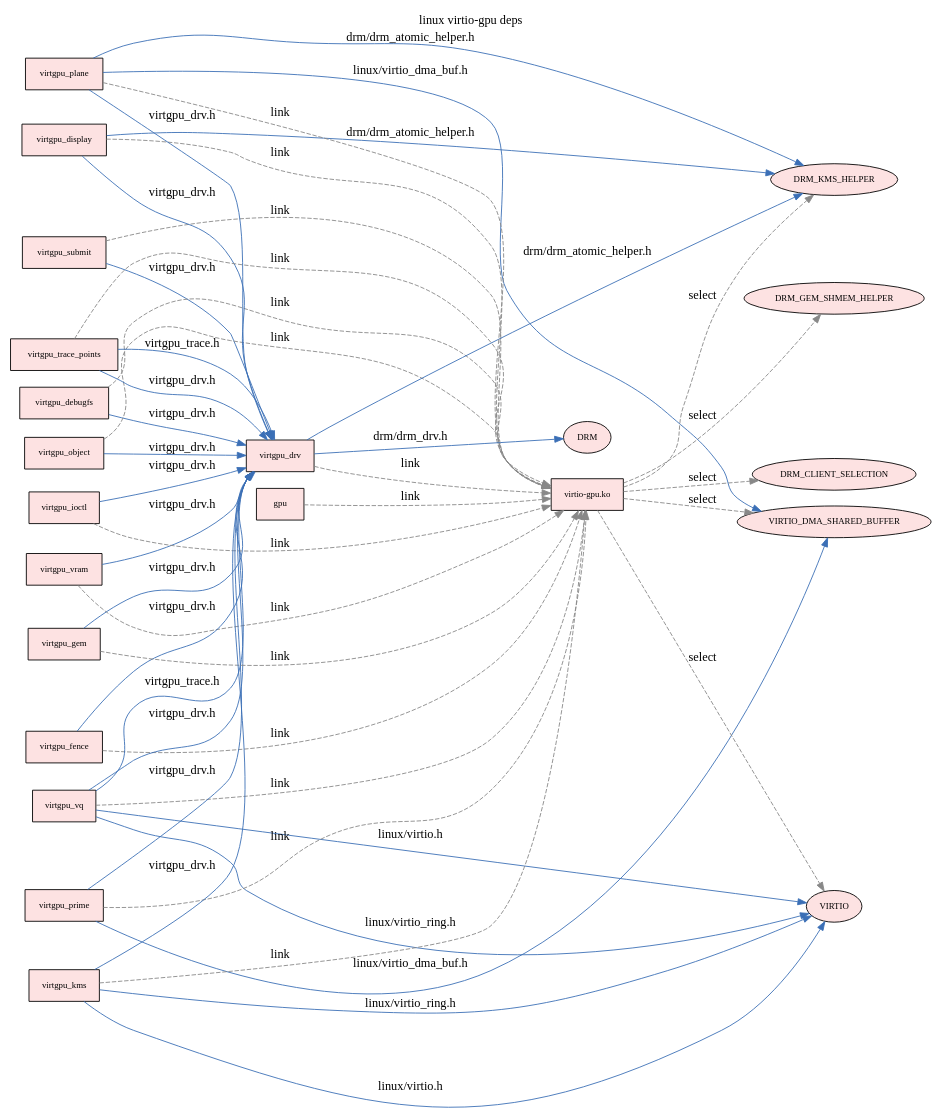
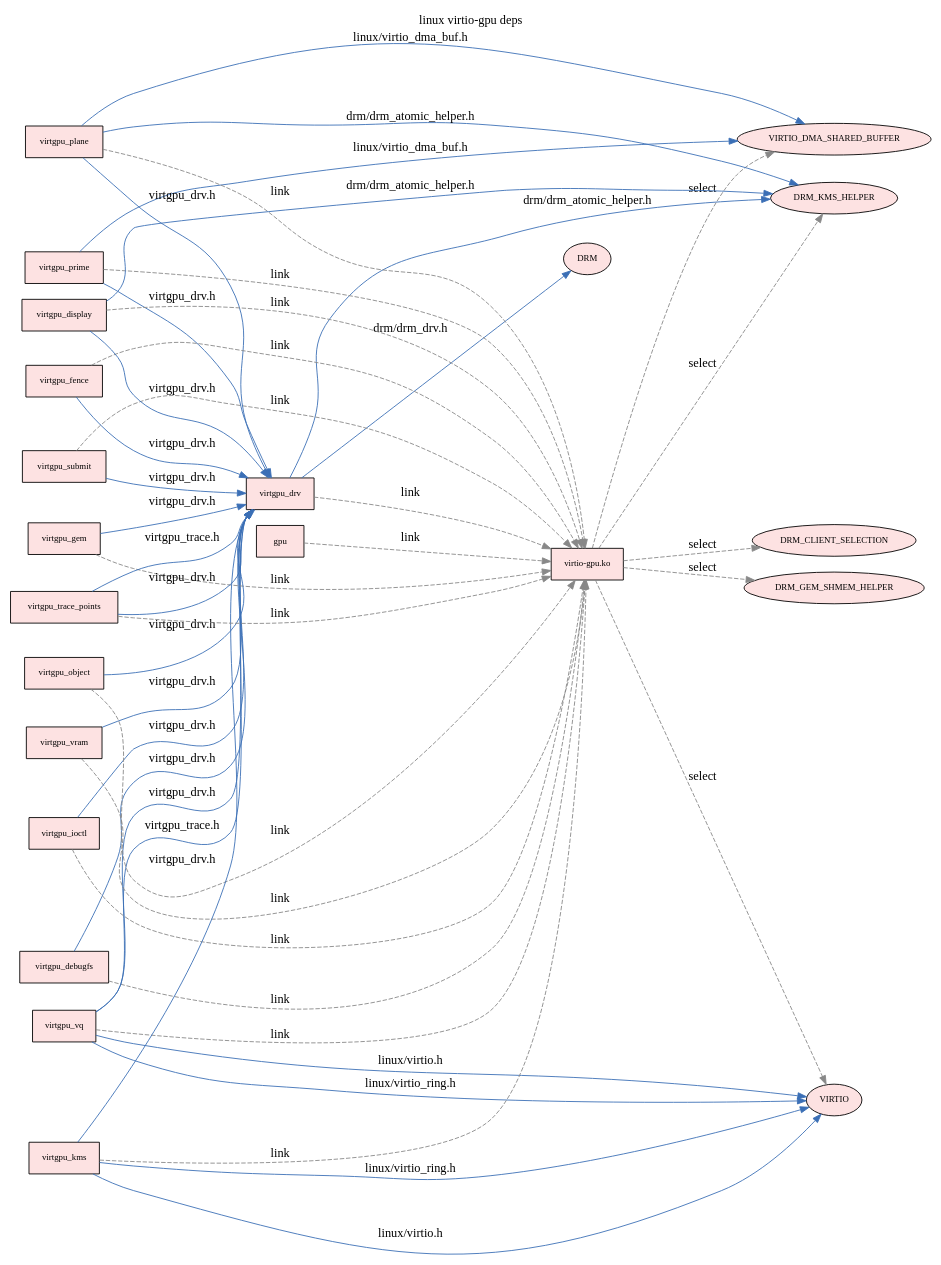
One commit to vm-final-project/virtio-gpu changed the diagram in results/depgraph/linux.dot. Above: the diagram before and after it, drawn with Graphviz. The commit also changed other lines of this file and 8 other files, not shown here.

```diff
--- a/results/depgraph/linux.dot
+++ b/results/depgraph/linux.dot
@@ -1,72 +1,72 @@
 digraph "linux virtio-gpu deps" {
   rankdir=LR;
   node [fontsize=10];
   label="linux virtio-gpu deps"; labelloc=t; fontsize=14;
+  "linux:virtgpu_drv" [label="virtgpu_drv",shape=box,style=filled,fillcolor="#fde2e2"];
+  "linux:virtgpu_debugfs" [label="virtgpu_debugfs",shape=box,style=filled,fillcolor="#fde2e2"];
+  "linux:virtgpu_vq" [label="virtgpu_vq",shape=box,style=filled,fillcolor="#fde2e2"];
+  "linux:virtgpu_submit" [label="virtgpu_submit",shape=box,style=filled,fillcolor="#fde2e2"];
+  "linux:sub:DRM_CLIENT_SELECTION" [label="DRM_CLIENT_SELECTION",shape=ellipse,style=filled,fillcolor="#fde2e2"];
+  "linux:virtio-gpu.ko" [label="virtio-gpu.ko",shape=box,style=filled,fillcolor="#fde2e2"];
+  "linux:virtgpu_prime" [label="virtgpu_prime",shape=box,style=filled,fillcolor="#fde2e2"];
+  "linux:virtgpu_vram" [label="virtgpu_vram",shape=box,style=filled,fillcolor="#fde2e2"];
+  "linux:gpu" [label="gpu",shape=box,style=filled,fillcolor="#fde2e2"];
+  "linux:sub:DRM_KMS_HELPER" [label="DRM_KMS_HELPER",shape=ellipse,style=filled,fillcolor="#fde2e2"];
+  "linux:virtgpu_ioctl" [label="virtgpu_ioctl",shape=box,style=filled,fillcolor="#fde2e2"];
+  "linux:virtgpu_gem" [label="virtgpu_gem",shape=box,style=filled,fillcolor="#fde2e2"];
+  "linux:sub:VIRTIO" [label="VIRTIO",shape=ellipse,style=filled,fillcolor="#fde2e2"];
+  "linux:virtgpu_plane" [label="virtgpu_plane",shape=box,style=filled,fillcolor="#fde2e2"];
+  "linux:virtgpu_object" [label="virtgpu_object",shape=box,style=filled,fillcolor="#fde2e2"];
+  "linux:virtgpu_fence" [label="virtgpu_fence",shape=box,style=filled,fillcolor="#fde2e2"];
+  "linux:virtgpu_kms" [label="virtgpu_kms",shape=box,style=filled,fillcolor="#fde2e2"];
+  "linux:virtgpu_display" [label="virtgpu_display",shape=box,style=filled,fillcolor="#fde2e2"];
+  "linux:sub:VIRTIO_DMA_SHARED_BUFFER" [label="VIRTIO_DMA_SHARED_BUFFER",shape=ellipse,style=filled,fillcolor="#fde2e2"];
+  "linux:sub:DRM" [label="DRM",shape=ellipse,style=filled,fillcolor="#fde2e2"];
   "linux:sub:DRM_GEM_SHMEM_HELPER" [label="DRM_GEM_SHMEM_HELPER",shape=ellipse,style=filled,fillcolor="#fde2e2"];
-  "linux:virtgpu_submit" [label="virtgpu_submit",shape=box,style=filled,fillcolor="#fde2e2"];
-  "linux:gpu" [label="gpu",shape=box,style=filled,fillcolor="#fde2e2"];
-  "linux:virtgpu_debugfs" [label="virtgpu_debugfs",shape=box,style=filled,fillcolor="#fde2e2"];
-  "linux:sub:DRM_CLIENT_SELECTION" [label="DRM_CLIENT_SELECTION",shape=ellipse,style=filled,fillcolor="#fde2e2"];
-  "linux:virtgpu_object" [label="virtgpu_object",shape=box,style=filled,fillcolor="#fde2e2"];
-  "linux:virtgpu_vram" [label="virtgpu_vram",shape=box,style=filled,fillcolor="#fde2e2"];
-  "linux:virtgpu_display" [label="virtgpu_display",shape=box,style=filled,fillcolor="#fde2e2"];
-  "linux:sub:DRM_KMS_HELPER" [label="DRM_KMS_HELPER",shape=ellipse,style=filled,fillcolor="#fde2e2"];
-  "linux:sub:VIRTIO" [label="VIRTIO",shape=ellipse,style=filled,fillcolor="#fde2e2"];
   "linux:virtgpu_trace_points" [label="virtgpu_trace_points",shape=box,style=filled,fillcolor="#fde2e2"];
-  "linux:virtgpu_fence" [label="virtgpu_fence",shape=box,style=filled,fillcolor="#fde2e2"];
-  "linux:virtgpu_ioctl" [label="virtgpu_ioctl",shape=box,style=filled,fillcolor="#fde2e2"];
-  "linux:virtgpu_vq" [label="virtgpu_vq",shape=box,style=filled,fillcolor="#fde2e2"];
-  "linux:virtgpu_gem" [label="virtgpu_gem",shape=box,style=filled,fillcolor="#fde2e2"];
-  "linux:virtgpu_prime" [label="virtgpu_prime",shape=box,style=filled,fillcolor="#fde2e2"];
-  "linux:virtgpu_drv" [label="virtgpu_drv",shape=box,style=filled,fillcolor="#fde2e2"];
-  "linux:sub:DRM" [label="DRM",shape=ellipse,style=filled,fillcolor="#fde2e2"];
-  "linux:sub:VIRTIO_DMA_SHARED_BUFFER" [label="VIRTIO_DMA_SHARED_BUFFER",shape=ellipse,style=filled,fillcolor="#fde2e2"];
-  "linux:virtio-gpu.ko" [label="virtio-gpu.ko",shape=box,style=filled,fillcolor="#fde2e2"];
-  "linux:virtgpu_kms" [label="virtgpu_kms",shape=box,style=filled,fillcolor="#fde2e2"];
-  "linux:virtgpu_plane" [label="virtgpu_plane",shape=box,style=filled,fillcolor="#fde2e2"];
   "linux:virtgpu_drv" -> "linux:virtio-gpu.ko" [style=dashed,color="#888888",label="link"];
   "linux:virtgpu_kms" -> "linux:virtio-gpu.ko" [style=dashed,color="#888888",label="link"];
   "linux:virtgpu_gem" -> "linux:virtio-gpu.ko" [style=dashed,color="#888888",label="link"];
   "linux:virtgpu_vram" -> "linux:virtio-gpu.ko" [style=dashed,color="#888888",label="link"];
   "linux:virtgpu_display" -> "linux:virtio-gpu.ko" [style=dashed,color="#888888",label="link"];
   "linux:virtgpu_vq" -> "linux:virtio-gpu.ko" [style=dashed,color="#888888",label="link"];
   "linux:virtgpu_fence" -> "linux:virtio-gpu.ko" [style=dashed,color="#888888",label="link"];
   "linux:virtgpu_object" -> "linux:virtio-gpu.ko" [style=dashed,color="#888888",label="link"];
   "linux:virtgpu_debugfs" -> "linux:virtio-gpu.ko" [style=dashed,color="#888888",label="link"];
   "linux:virtgpu_plane" -> "linux:virtio-gpu.ko" [style=dashed,color="#888888",label="link"];
   "linux:virtgpu_ioctl" -> "linux:virtio-gpu.ko" [style=dashed,color="#888888",label="link"];
   "linux:virtgpu_prime" -> "linux:virtio-gpu.ko" [style=dashed,color="#888888",label="link"];
   "linux:virtgpu_trace_points" -> "linux:virtio-gpu.ko" [style=dashed,color="#888888",label="link"];
   "linux:virtgpu_submit" -> "linux:virtio-gpu.ko" [style=dashed,color="#888888",label="link"];
   "linux:gpu" -> "linux:virtio-gpu.ko" [style=dashed,color="#888888",label="link"];
   "linux:virtio-gpu.ko" -> "linux:sub:VIRTIO" [style=dashed,color="#888888",label="select"];
   "linux:virtio-gpu.ko" -> "linux:sub:DRM_CLIENT_SELECTION" [style=dashed,color="#888888",label="select"];
   "linux:virtio-gpu.ko" -> "linux:sub:DRM_KMS_HELPER" [style=dashed,color="#888888",label="select"];
   "linux:virtio-gpu.ko" -> "linux:sub:DRM_GEM_SHMEM_HELPER" [style=dashed,color="#888888",label="select"];
   "linux:virtio-gpu.ko" -> "linux:sub:VIRTIO_DMA_SHARED_BUFFER" [style=dashed,color="#888888",label="select"];
   "linux:virtgpu_debugfs" -> "linux:virtgpu_drv" [color="#3b6fb6",label="virtgpu_drv.h"];
   "linux:virtgpu_display" -> "linux:sub:DRM_KMS_HELPER" [color="#3b6fb6",label="drm/drm_atomic_helper.h"];
   "linux:virtgpu_display" -> "linux:virtgpu_drv" [color="#3b6fb6",label="virtgpu_drv.h"];
   "linux:virtgpu_drv" -> "linux:sub:DRM_KMS_HELPER" [color="#3b6fb6",label="drm/drm_atomic_helper.h"];
   "linux:virtgpu_drv" -> "linux:sub:DRM" [color="#3b6fb6",label="drm/drm_drv.h"];
   "linux:virtgpu_fence" -> "linux:virtgpu_drv" [color="#3b6fb6",label="virtgpu_drv.h"];
   "linux:virtgpu_gem" -> "linux:virtgpu_drv" [color="#3b6fb6",label="virtgpu_drv.h"];
   "linux:virtgpu_ioctl" -> "linux:virtgpu_drv" [color="#3b6fb6",label="virtgpu_drv.h"];
   "linux:virtgpu_kms" -> "linux:sub:VIRTIO" [color="#3b6fb6",label="linux/virtio.h"];
   "linux:virtgpu_kms" -> "linux:sub:VIRTIO" [color="#3b6fb6",label="linux/virtio_ring.h"];
   "linux:virtgpu_kms" -> "linux:virtgpu_drv" [color="#3b6fb6",label="virtgpu_drv.h"];
   "linux:virtgpu_object" -> "linux:virtgpu_drv" [color="#3b6fb6",label="virtgpu_drv.h"];
   "linux:virtgpu_plane" -> "linux:sub:DRM_KMS_HELPER" [color="#3b6fb6",label="drm/drm_atomic_helper.h"];
   "linux:virtgpu_plane" -> "linux:sub:VIRTIO_DMA_SHARED_BUFFER" [color="#3b6fb6",label="linux/virtio_dma_buf.h"];
   "linux:virtgpu_plane" -> "linux:virtgpu_drv" [color="#3b6fb6",label="virtgpu_drv.h"];
   "linux:virtgpu_prime" -> "linux:sub:VIRTIO_DMA_SHARED_BUFFER" [color="#3b6fb6",label="linux/virtio_dma_buf.h"];
   "linux:virtgpu_prime" -> "linux:virtgpu_drv" [color="#3b6fb6",label="virtgpu_drv.h"];
   "linux:virtgpu_submit" -> "linux:virtgpu_drv" [color="#3b6fb6",label="virtgpu_drv.h"];
   "linux:virtgpu_trace_points" -> "linux:virtgpu_drv" [color="#3b6fb6",label="virtgpu_drv.h"];
   "linux:virtgpu_trace_points" -> "linux:virtgpu_drv" [color="#3b6fb6",label="virtgpu_trace.h"];
   "linux:virtgpu_vq" -> "linux:sub:VIRTIO" [color="#3b6fb6",label="linux/virtio.h"];
   "linux:virtgpu_vq" -> "linux:sub:VIRTIO" [color="#3b6fb6",label="linux/virtio_ring.h"];
   "linux:virtgpu_vq" -> "linux:virtgpu_drv" [color="#3b6fb6",label="virtgpu_drv.h"];
   "linux:virtgpu_vq" -> "linux:virtgpu_drv" [color="#3b6fb6",label="virtgpu_trace.h"];
   "linux:virtgpu_vram" -> "linux:virtgpu_drv" [color="#3b6fb6",label="virtgpu_drv.h"];
 }
```
